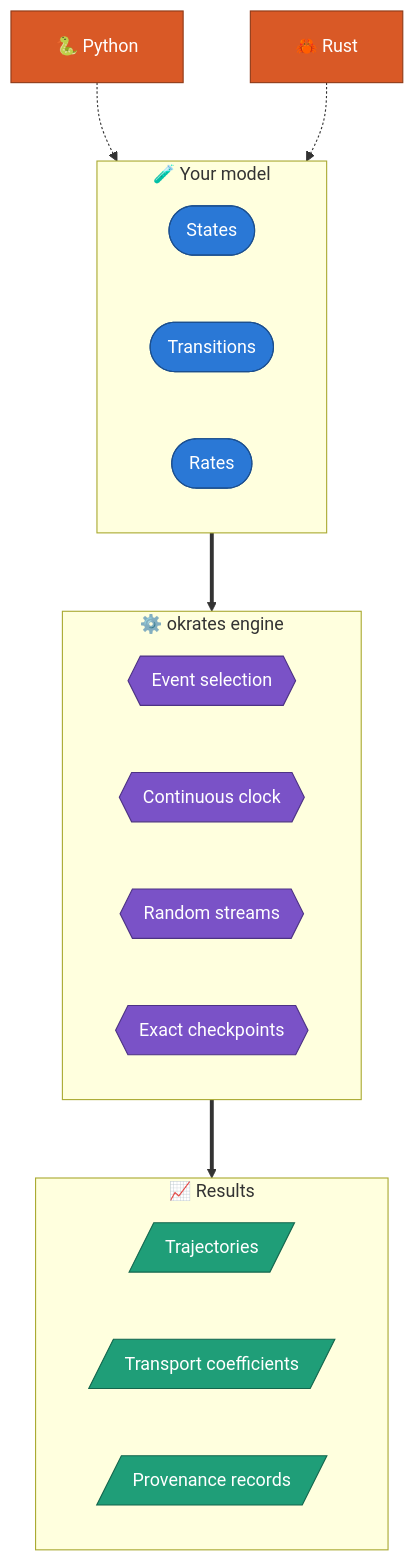
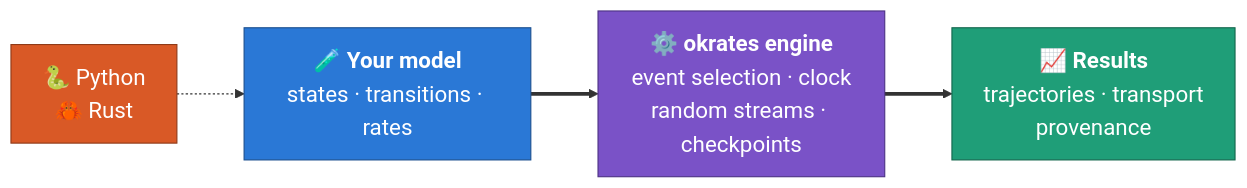
One commit to vzordillo/okrates changed the first of 2 diagrams in README.md. Above: the diagram before and after it, drawn with Mermaid. The commit also changed other lines of this file, not shown here.

Commit message:
README: compact architecture diagram, numbered step diagram, larger text

````diff
--- a/README.md
+++ b/README.md
@@ -39,34 +39,17 @@
 ```mermaid
-%%{init: {"flowchart": {"nodeSpacing": 60, "rankSpacing": 70, "padding": 20}}}%%
-flowchart TB
-    subgraph you["🧪 Your model"]
-        direction LR
-        states(["States"])
-        moves(["Transitions"])
-        rates(["Rates"])
-    end
-    subgraph core["⚙️ okrates engine"]
-        direction LR
-        pick{{"Event selection"}}
-        clock{{"Continuous clock"}}
-        rng{{"Random streams"}}
-        ckpt{{"Exact checkpoints"}}
-    end
-    subgraph out["📈 Results"]
-        direction LR
-        traj[/"Trajectories"/]
-        transport[/"Transport coefficients"/]
-        prov[/"Provenance records"/]
-    end
-    py["🐍 Python"] -.-> you
-    rs["🦀 Rust"] -.-> you
-    you ==> core ==> out
+%%{init: {"themeVariables": {"fontSize": "20px"}, "flowchart": {"nodeSpacing": 40, "rankSpacing": 60, "padding": 14, "htmlLabels": true}}}%%
+flowchart LR
+    lang["🐍 Python<br>🦀 Rust"]
+    model["🧪 <b>Your model</b><br>states · transitions · rates"]
+    engine["⚙️ <b>okrates engine</b><br>event selection · clock<br>random streams · checkpoints"]
+    out["📈 <b>Results</b><br>trajectories · transport<br>provenance"]
+    lang -.-> model ==> engine ==> out
+    classDef lang fill:#d95926,stroke:#8f3a18,color:#ffffff
     classDef model fill:#2a78d6,stroke:#1b4f8f,color:#ffffff
     classDef engine fill:#7a52c7,stroke:#4d3285,color:#ffffff
     classDef result fill:#1f9e78,stroke:#13664d,color:#ffffff
-    classDef lang fill:#d95926,stroke:#8f3a18,color:#ffffff
-    class states,moves,rates model
-    class pick,clock,rng,ckpt engine
-    class traj,transport,prov result
-    class py,rs lang
+    class lang lang
+    class model model
+    class engine engine
+    class out result
 ```
````
